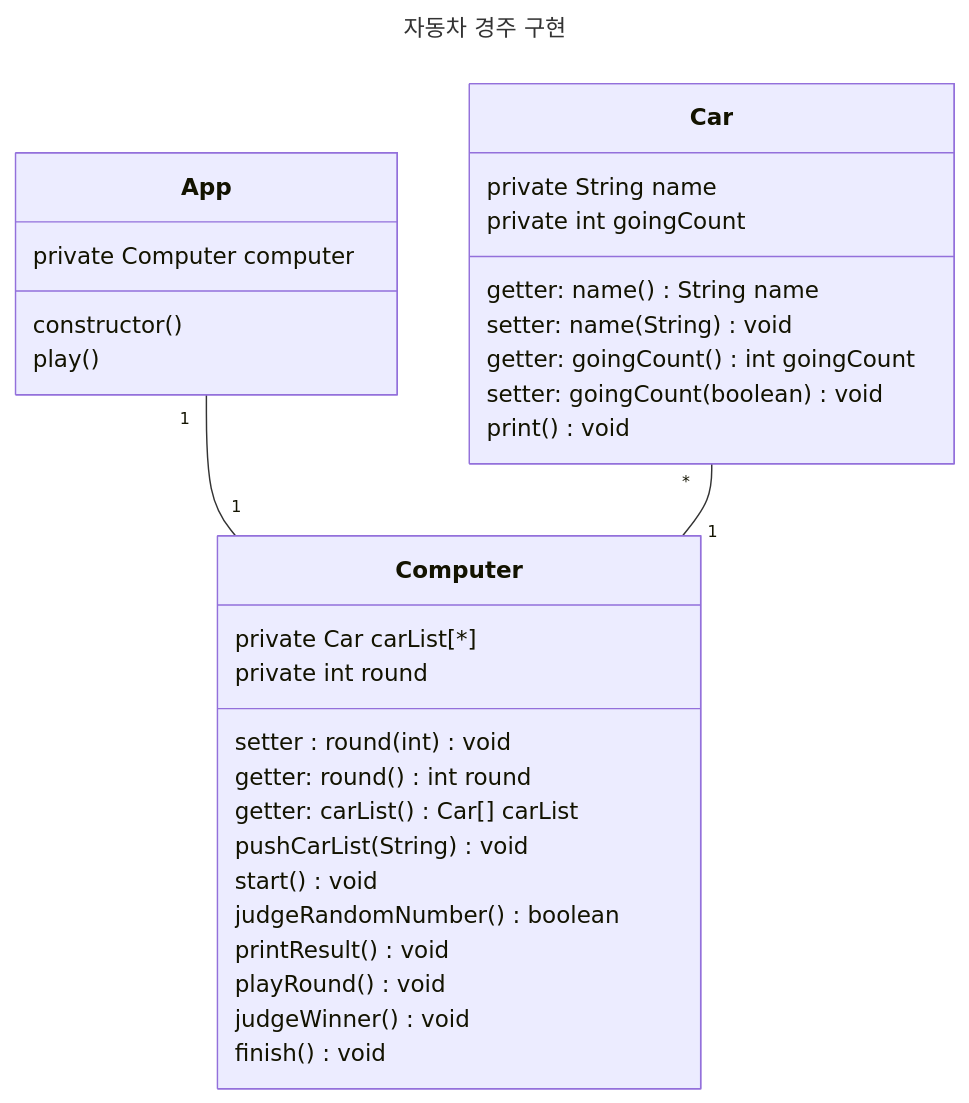
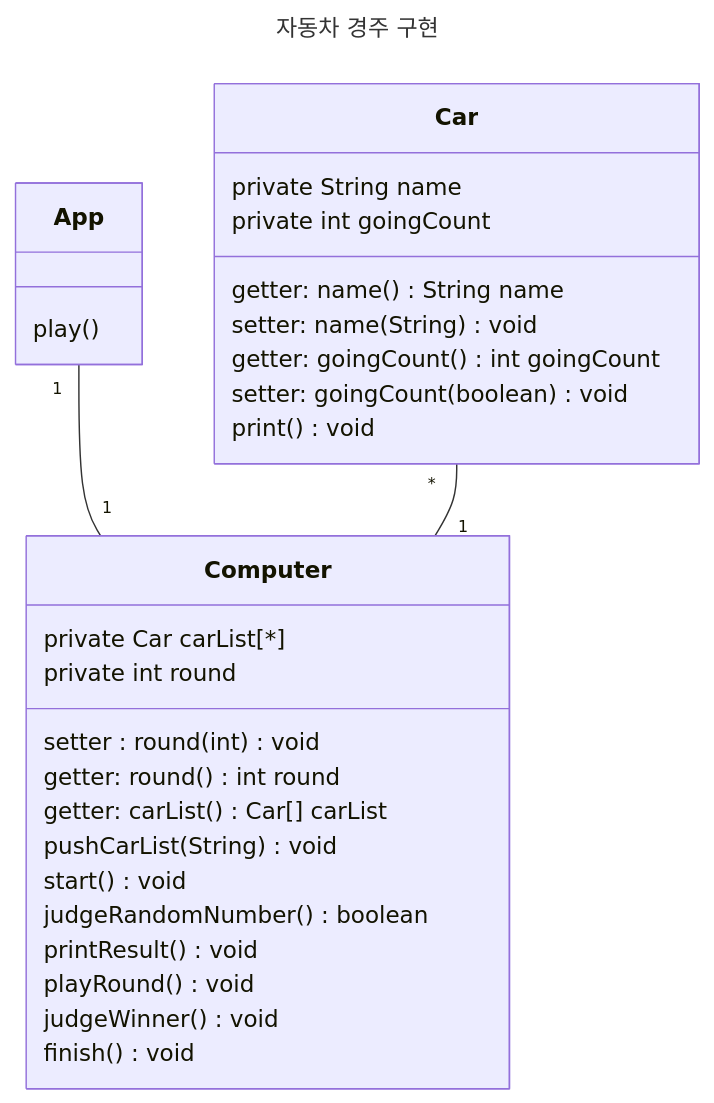
Before and after one commit to woowacourse-precourse/javascript-racingcar-6: the diagram in docs/README.md, drawn with Mermaid. The commit also changed other lines of this file, not shown here.

````diff
--- a/docs/README.md
+++ b/docs/README.md
@@ -48,36 +48,34 @@
 ```mermaid
 ---
 title: 자동차 경주 구현
 ---
 classDiagram
     class Car{
         private String name
         private int goingCount
         getter: name() String name
         setter: name(String) void
         getter: goingCount() int goingCount
         setter: goingCount(boolean) void
         print() void
     }
     class Computer{
         private Car carList[*]
         private int round
         setter : round(int) void
         getter: round() int round
         getter: carList() Car[] carList
         pushCarList(String) void
         start() void
         judgeRandomNumber() boolean
         printResult() void
         playRound() void
         judgeWinner() void
         finish() void
     }
     class App{
-        private Computer computer
-        constructor()
         play()
     }
     App "1"-- "1"Computer
     Car "*"--"1" Computer
 ```
````
